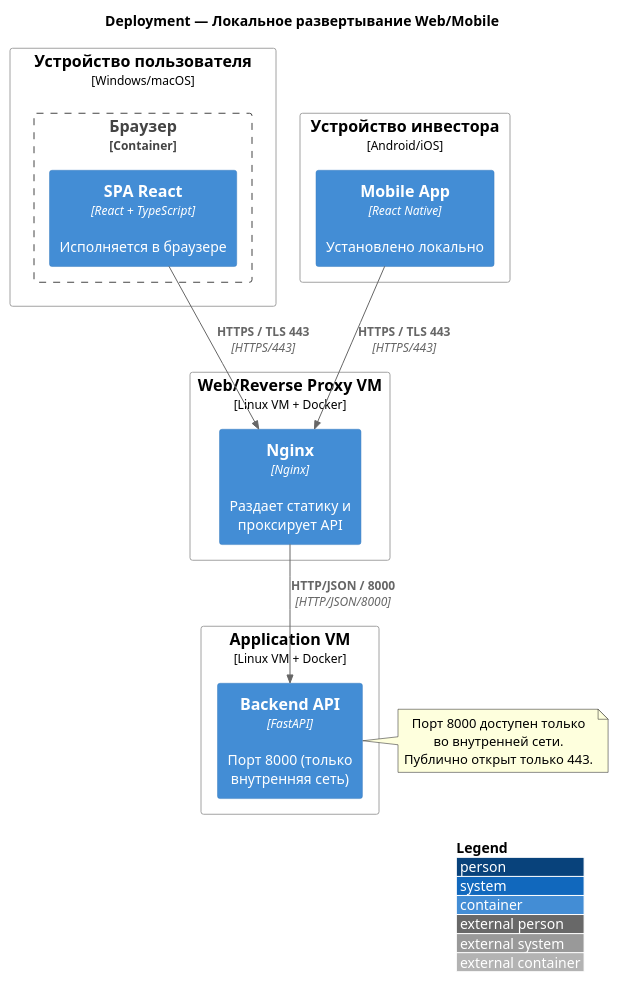
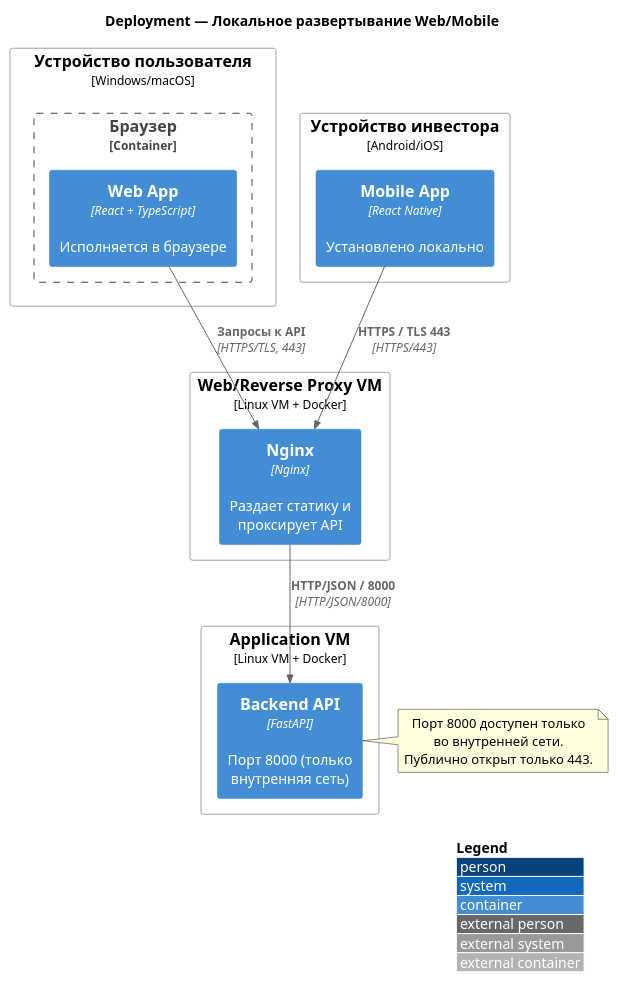
Before and after one commit to Jjots/finance-forecast-app: the diagram in src/lab4/kate/deployment_kate.puml, drawn with PlantUML. The commit also changed 1 other file, not shown here.

Commit message:
fix: correct Kate lab4 diagrams

```diff
--- a/src/lab4/kate/deployment_kate.puml
+++ b/src/lab4/kate/deployment_kate.puml
@@ -1,39 +1,39 @@
 @startuml "Kate deployment"
 !include <C4/C4_Deployment>
 LAYOUT_WITH_LEGEND()
 title Deployment — Локальное развертывание Web/Mobile 
 
 ' 1. Устройство пользователя (браузер)
 Node(user_pc, "Устройство пользователя", "Windows/macOS") {
     Container_Boundary(browser, "Браузер") {
-        Container(spa, "SPA React", "React + TypeScript", "Исполняется в браузере")
+        Container(web_app, "Web App", "React + TypeScript", "Исполняется в браузере")
     }
 }
 
 ' 2. Устройство инвестора (мобилка)
 Node(investor_phone, "Устройство инвестора", "Android/iOS") {
     Container(mobile_app, "Mobile App", "React Native", "Установлено локально")
 }
 
 ' 3. Edge-узел (Nginx)
 Node(edge_vm, "Web/Reverse Proxy VM", "Linux VM + Docker") {
     Container(nginx, "Nginx", "Nginx", "Раздает статику и проксирует API")
 }
 
 ' 4. Application VM (Backend)
 Node(app_vm, "Application VM", "Linux VM + Docker") {
     Container(backend, "Backend API", "FastAPI", "Порт 8000 (только внутренняя сеть)")
 }
 
 ' Связи
-Rel(spa, nginx, "HTTPS / TLS 443", "HTTPS/443")
+Rel(web_app, nginx, "Запросы к API", "HTTPS/TLS, 443")
 Rel(mobile_app, nginx, "HTTPS / TLS 443", "HTTPS/443")
 Rel(nginx, backend, "HTTP/JSON / 8000", "HTTP/JSON/8000")
 
 note right of backend
   Порт 8000 доступен только
   во внутренней сети. 
   Публично открыт только 443.
 end note
 
 @enduml
```
